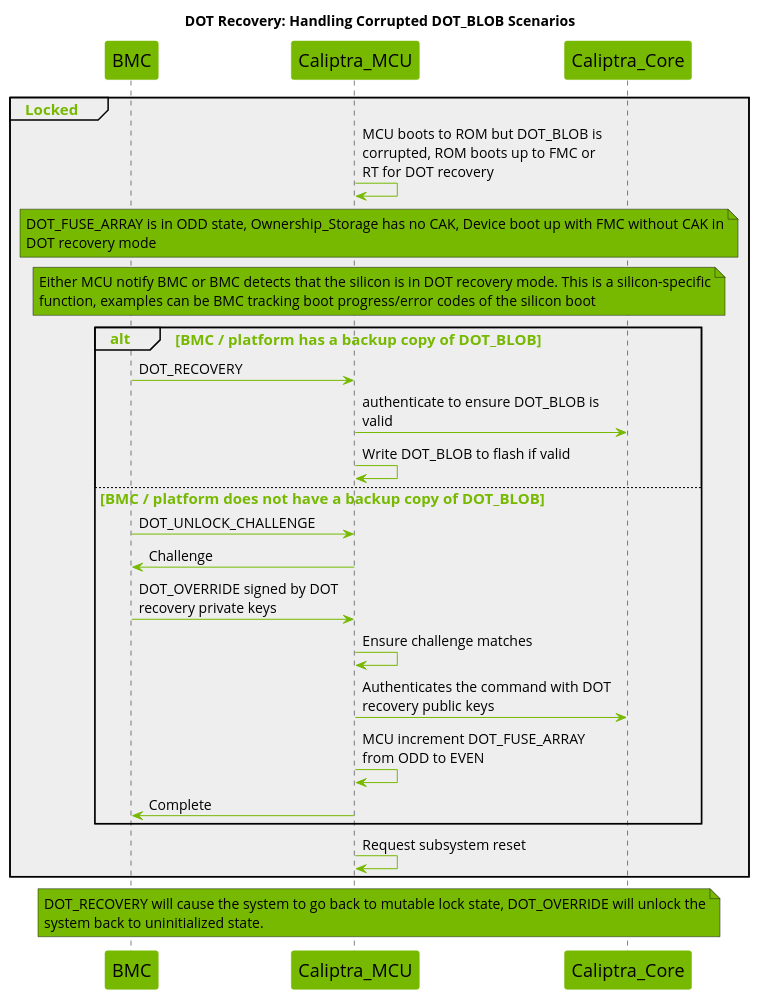
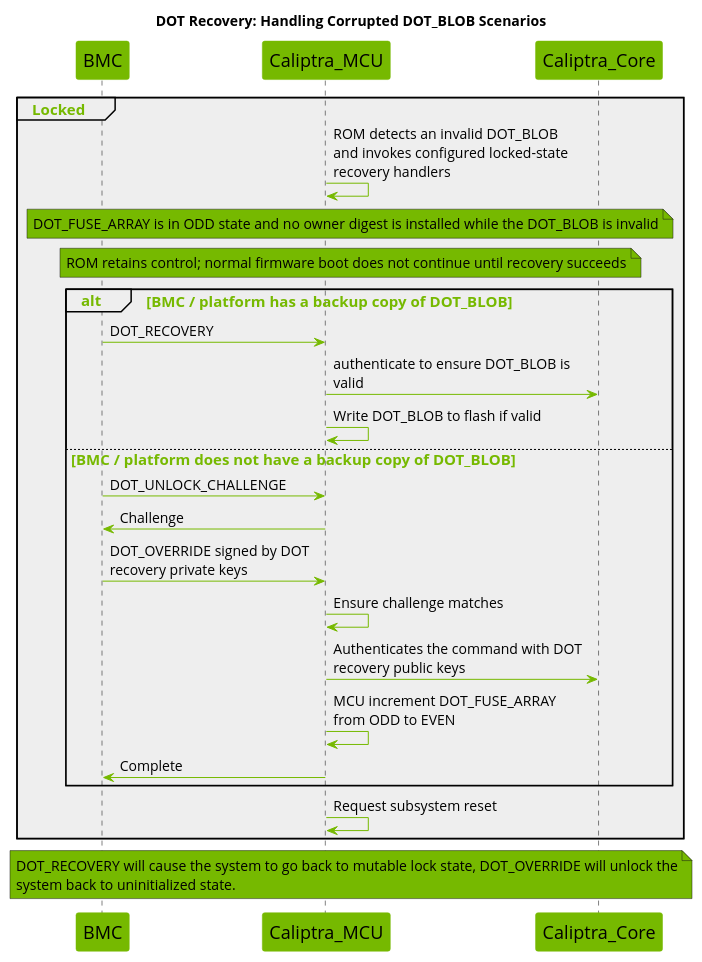
One commit to chipsalliance/caliptra-mcu-sw changed the seventh of 7 diagrams in docs/src/dot.md. Above: the diagram before and after it, drawn with PlantUML. The commit also changed other lines of this file and 7 other files, not shown here.

````diff
--- a/docs/src/dot.md
+++ b/docs/src/dot.md
@@ -1336,58 +1225,58 @@
 ```plantuml
 @startuml
 
 title DOT Recovery: Handling Corrupted DOT_BLOB Scenarios
 
 skinparam maxMessageSize 250
 skinparam wrapWidth 700
 skinparam backgroundColor white
 skinparam NoteBackgroundColor #76b900
 skinparam NoteFontSize 14
 skinparam SequenceGroupBodyBackgroundColor #EEEEEE
 skinparam defaultFontName Open Sans
 
 skinparam sequence {
     ArrowColor #76b900
     ActorBorderColor #76b900
     LifeLineBorderColor #000000
     LifeLineBackgroundColor #76b900
     GroupHeaderFontsize 15
     GroupHeaderFontColor #76b900
     GroupFontSize 15
     GroupFontColor #76b900
     ArrowFontSize 15
     ParticipantBorderColor #76b900
     ParticipantBackgroundColor #76b900
     ParticipantFontSize 18
     ParticipantFontColor black
     ArrowFontSize 14
 }
 
 participant BMC
 participant Caliptra_MCU
 participant Caliptra_Core
 
 group Locked
-    Caliptra_MCU -> Caliptra_MCU : MCU boots to ROM but DOT_BLOB is corrupted, ROM boots up to FMC or RT for DOT recovery
-    note across : DOT_FUSE_ARRAY is in ODD state, Ownership_Storage has no CAK, Device boot up with FMC without CAK in DOT recovery mode
-    note across : Either MCU notify BMC or BMC detects that the silicon is in DOT recovery mode. This is a silicon-specific function, examples can be BMC tracking boot progress/error codes of the silicon boot
+    Caliptra_MCU -> Caliptra_MCU : ROM detects an invalid DOT_BLOB and invokes configured locked-state recovery handlers
+    note across : DOT_FUSE_ARRAY is in ODD state and no owner digest is installed while the DOT_BLOB is invalid
+    note across : ROM retains control; normal firmware boot does not continue until recovery succeeds
     alt BMC / platform has a backup copy of DOT_BLOB
         BMC -> Caliptra_MCU : DOT_RECOVERY
         Caliptra_MCU -> Caliptra_Core : authenticate to ensure DOT_BLOB is valid
         Caliptra_MCU -> Caliptra_MCU : Write DOT_BLOB to flash if valid
     else BMC / platform does not have a backup copy of DOT_BLOB
         BMC -> Caliptra_MCU : DOT_UNLOCK_CHALLENGE
         Caliptra_MCU -> BMC : Challenge
         BMC -> Caliptra_MCU : DOT_OVERRIDE signed by DOT recovery private keys
         Caliptra_MCU -> Caliptra_MCU : Ensure challenge matches
         Caliptra_MCU -> Caliptra_Core : Authenticates the command with DOT recovery public keys
         Caliptra_MCU -> Caliptra_MCU : MCU increment DOT_FUSE_ARRAY from ODD to EVEN
         Caliptra_MCU -> BMC : Complete
     end
     Caliptra_MCU -> Caliptra_MCU : Request subsystem reset
 end
 note across : DOT_RECOVERY will cause the system to go back to mutable lock state, DOT_OVERRIDE will unlock the system back to uninitialized state.
 
 
 @enduml
 ```
````
